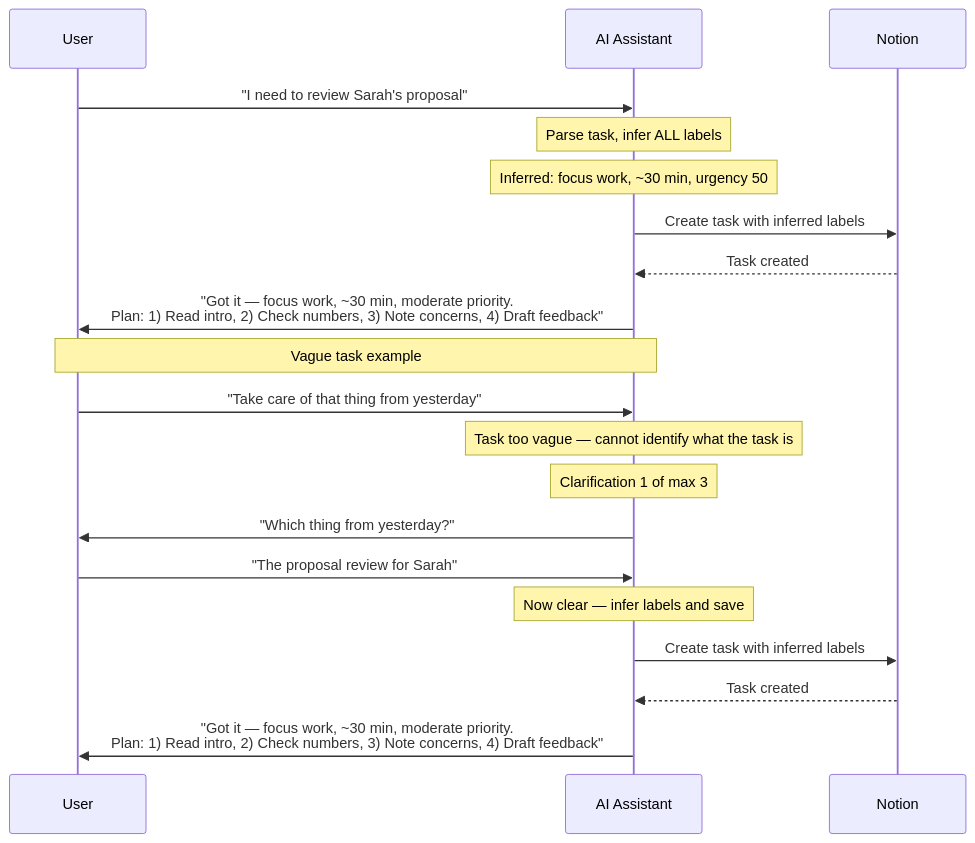
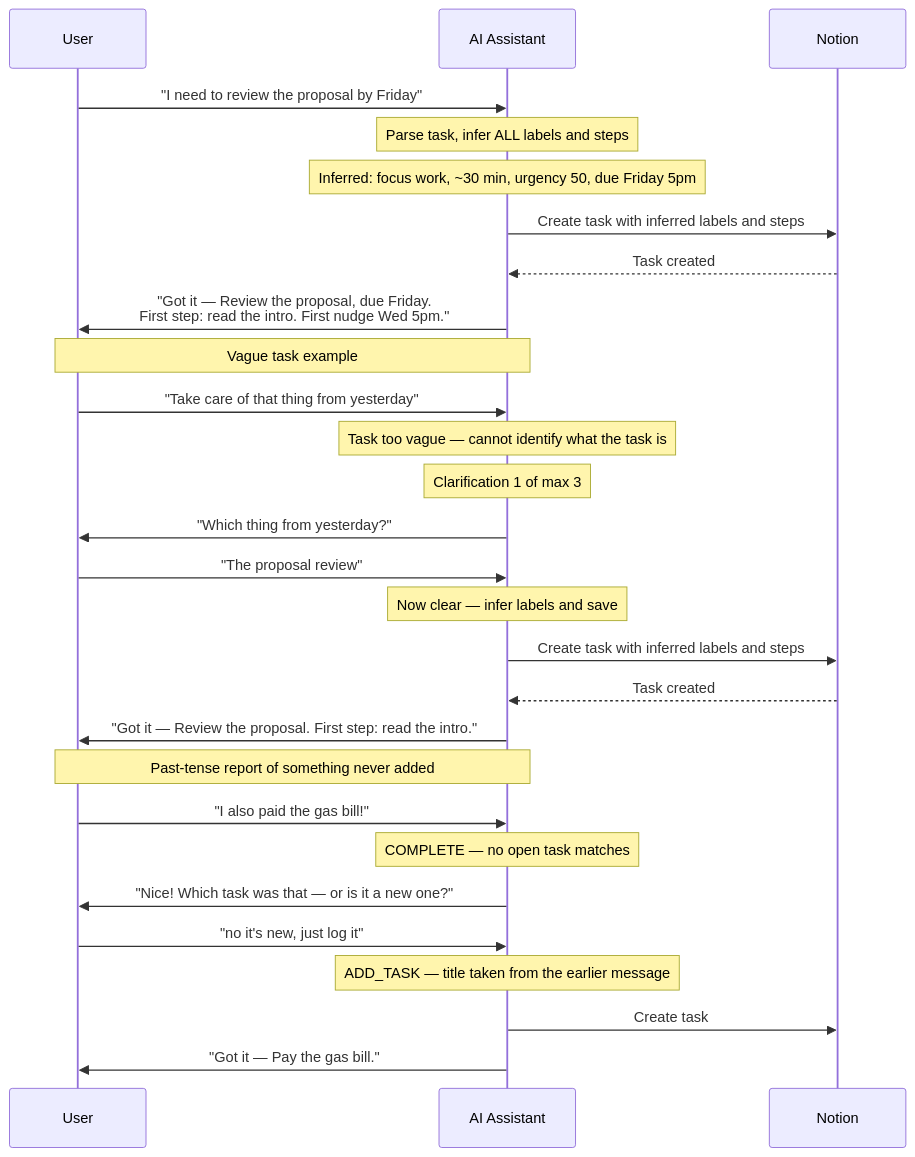
One commit to NickBorgersProbably/hide-my-list changed the second of 28 diagrams in docs/user-interactions.md. Above: the diagram before and after it, drawn with Mermaid. The commit also changed other lines of this file and 11 other files, not shown here.

````diff
--- a/docs/user-interactions.md
+++ b/docs/user-interactions.md
@@ -52,31 +52,41 @@
 ```mermaid
 sequenceDiagram
     participant U as User
     participant AI as AI Assistant
     participant N as Notion
 
-    U->>AI: "I need to review Sarah's proposal"
+    U->>AI: "I need to review the proposal by Friday"
 
-    Note over AI: Parse task, infer ALL labels
-    Note over AI: Inferred: focus work, ~30 min, urgency 50
+    Note over AI: Parse task, infer ALL labels and steps
+    Note over AI: Inferred: focus work, ~30 min, urgency 50, due Friday 5pm
 
-    AI->>N: Create task with inferred labels
+    AI->>N: Create task with inferred labels and steps
     N-->>AI: Task created
-    AI->>U: "Got it — focus work, ~30 min, moderate priority.<br/>Plan: 1) Read intro, 2) Check numbers, 3) Note concerns, 4) Draft feedback"
+    AI->>U: "Got it — Review the proposal, due Friday.<br/>First step: read the intro. First nudge Wed 5pm."
 
     Note over U,AI: Vague task example
 
     U->>AI: "Take care of that thing from yesterday"
 
     Note over AI: Task too vague — cannot identify what the task is
     Note over AI: Clarification 1 of max 3
 
     AI->>U: "Which thing from yesterday?"
-    U->>AI: "The proposal review for Sarah"
+    U->>AI: "The proposal review"
 
     Note over AI: Now clear — infer labels and save
 
-    AI->>N: Create task with inferred labels
+    AI->>N: Create task with inferred labels and steps
     N-->>AI: Task created
-    AI->>U: "Got it — focus work, ~30 min, moderate priority.<br/>Plan: 1) Read intro, 2) Check numbers, 3) Note concerns, 4) Draft feedback"
+    AI->>U: "Got it — Review the proposal. First step: read the intro."
+
+    Note over U,AI: Past-tense report of something never added
+
+    U->>AI: "I also paid the gas bill!"
+    Note over AI: COMPLETE — no open task matches
+    AI->>U: "Nice! Which task was that — or is it a new one?"
+    U->>AI: "no it's new, just log it"
+    Note over AI: ADD_TASK — title taken from the earlier message
+    AI->>N: Create task
+    AI->>U: "Got it — Pay the gas bill."
 ```
````
